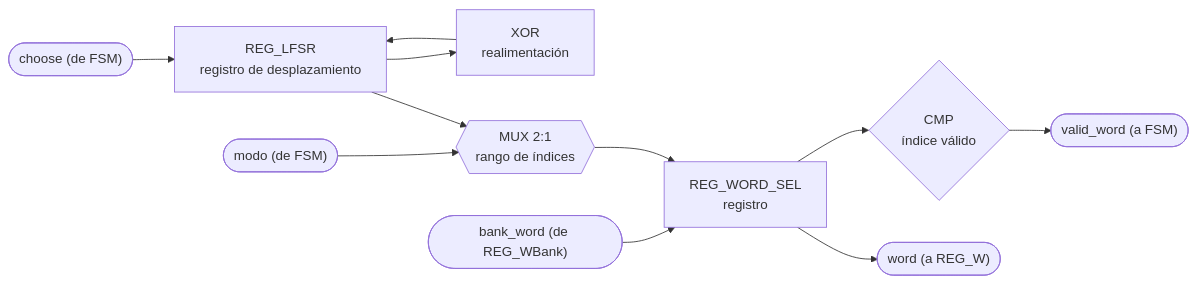
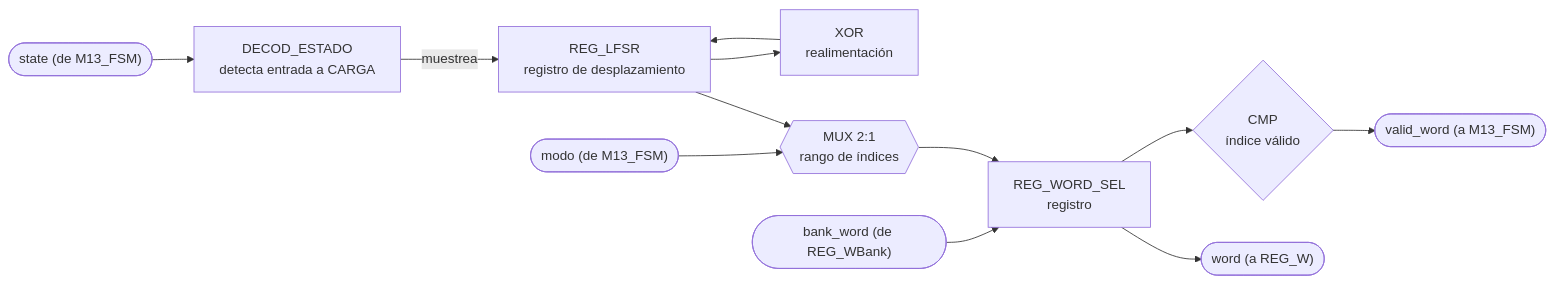
The ninth of 14 diagrams in docs/diseño/diagramas/nivel03.md (Taller-de-diseno-digital-GR01/Proyecto-2-Ahorcado), drawn with Mermaid before and after one commit. The commit also changed other lines of this file and 1 other file, not shown here.

Commit message:
nivel03: agregar M13_FSM, los demas modulos ahora decodifican state

````diff
--- a/docs/diseño/diagramas/nivel03.md
+++ b/docs/diseño/diagramas/nivel03.md
@@ -359,13 +397,14 @@
 ```mermaid
 flowchart LR
     REG_LFSR["REG_LFSR<br/>registro de desplazamiento"] --> XOR1["XOR<br/>realimentación"]
     XOR1 --> REG_LFSR
-    IN_CHOOSE(["choose (de FSM)"]) --> REG_LFSR
-    IN_MODO(["modo (de FSM)"]) --> MUX1{{"MUX 2:1<br/>rango de índices"}}
+    IN_STATE(["state (de M13_FSM)"]) --> DEC_ST["DECOD_ESTADO<br/>detecta entrada a CARGA"]
+    DEC_ST -->|muestrea| REG_LFSR
+    IN_MODO(["modo (de M13_FSM)"]) --> MUX1{{"MUX 2:1<br/>rango de índices"}}
     REG_LFSR --> MUX1
     IN_BANK(["bank_word (de REG_WBank)"]) --> REG_SEL["REG_WORD_SEL<br/>registro"]
     MUX1 --> REG_SEL
     REG_SEL --> CMP1{"CMP<br/>índice válido"}
-    CMP1 --> OUT_VALID(["valid_word (a FSM)"])
+    CMP1 --> OUT_VALID(["valid_word (a M13_FSM)"])
     REG_SEL --> OUT_WORD(["word (a REG_W)"])
 ```
````
